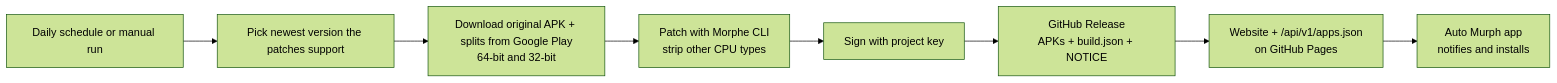
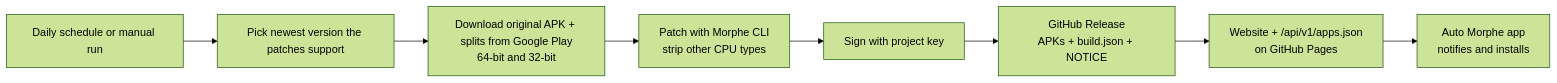
One commit to iamwaqargulzar/auto-morphe-apk-builds changed the diagram in README.md. Above: the diagram before and after it, drawn with Mermaid (forest theme). The commit also changed other lines of this file and 35 other files, not shown here.

First line of the commit message:
Rename Auto Murph to Auto Morphe

````diff
--- a/README.md
+++ b/README.md
@@ -156,10 +158,10 @@
 ```mermaid
 flowchart LR
   A[Daily schedule or manual run] --> B[Pick newest version the patches support]
   B --> C[Download original APK + splits from Google Play<br/>64-bit and 32-bit]
   C --> D[Patch with Morphe CLI<br/>strip other CPU types]
   D --> E[Sign with project key]
   E --> F[GitHub Release<br/>APKs + build.json + NOTICE]
   F --> G[Website + /api/v1/apps.json<br/>on GitHub Pages]
-  G --> H[Auto Murph app<br/>notifies and installs]
+  G --> H[Auto Morphe app<br/>notifies and installs]
 ```
````
